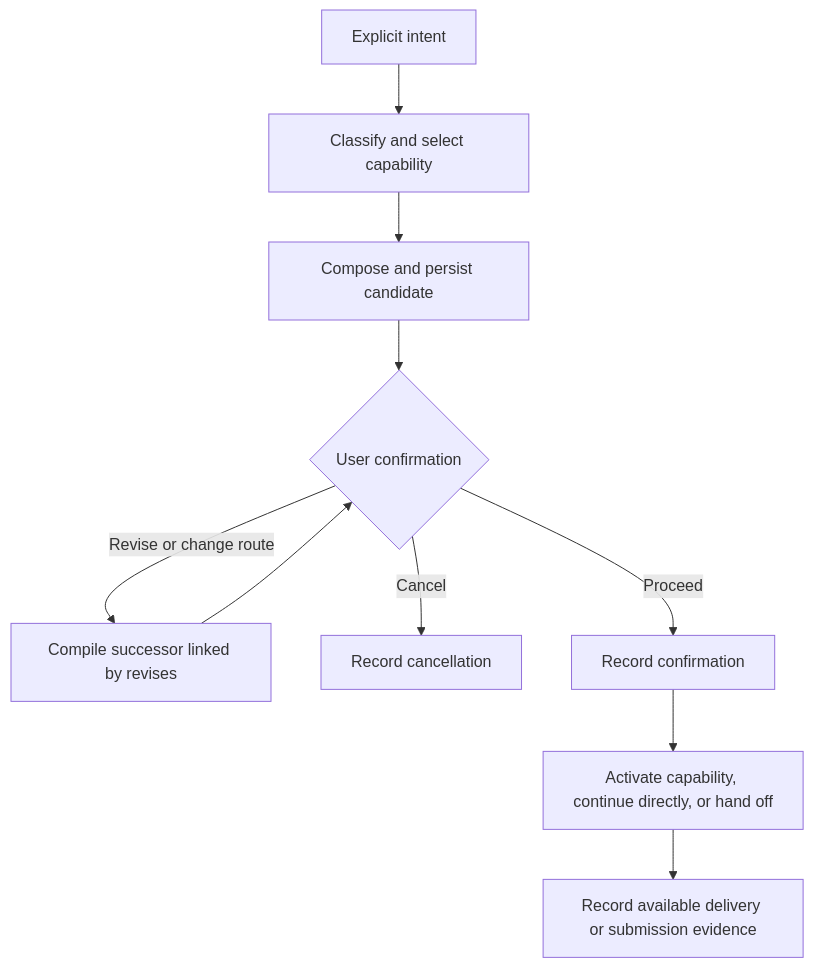
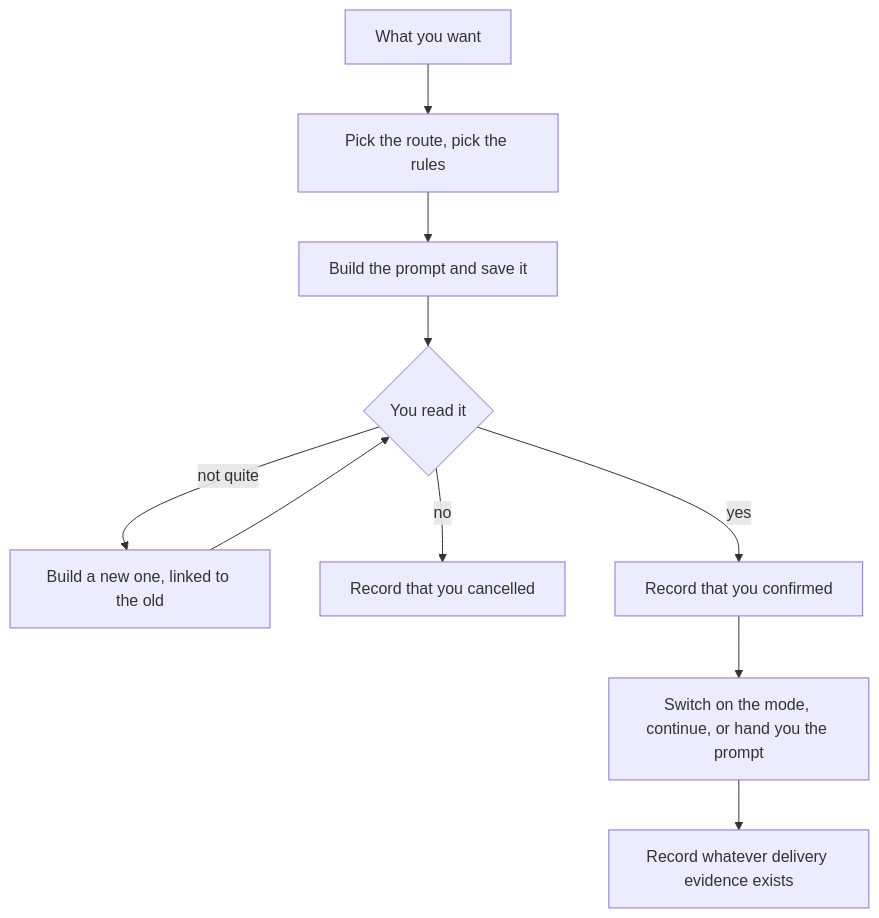
The diagram in docs/commands/ask.md (fab7hq/ringframe), drawn with Mermaid before and after one commit. The commit also changed other lines of this file and 10 other files, not shown here.

````diff
--- a/docs/commands/ask.md
+++ b/docs/commands/ask.md
@@ -11,12 +10,12 @@
 ```mermaid
 flowchart TD
-    I[Explicit intent] --> R[Classify and select capability]
-    R --> P[Compose and persist candidate]
-    P --> C{User confirmation}
-    C -->|Revise or change route| N[Compile successor linked by revises]
+    I[What you want] --> R[Pick the route, pick the rules]
+    R --> P[Build the prompt and save it]
+    P --> C{You read it}
+    C -->|not quite| N[Build a new one, linked to the old]
     N --> C
-    C -->|Cancel| X[Record cancellation]
-    C -->|Proceed| A[Record confirmation]
-    A --> D[Activate capability, continue directly, or hand off]
-    D --> O[Record available delivery or submission evidence]
+    C -->|no| X[Record that you cancelled]
+    C -->|yes| A[Record that you confirmed]
+    A --> D[Switch on the mode, continue, or hand you the prompt]
+    D --> O[Record whatever delivery evidence exists]
 ```
````
